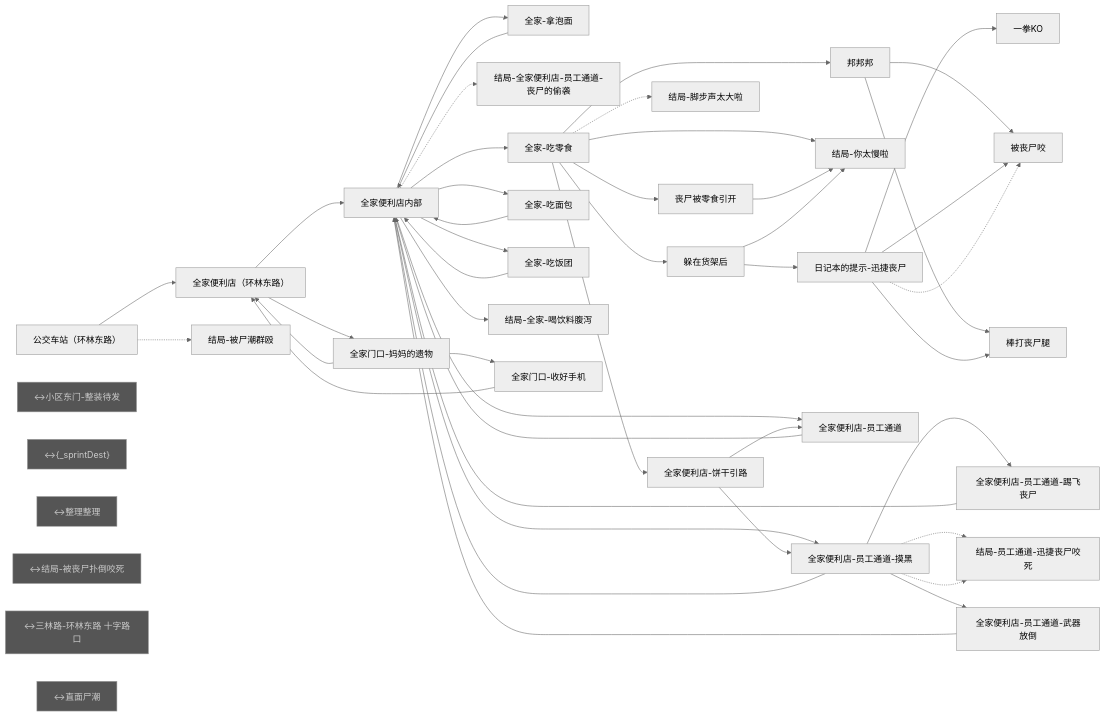
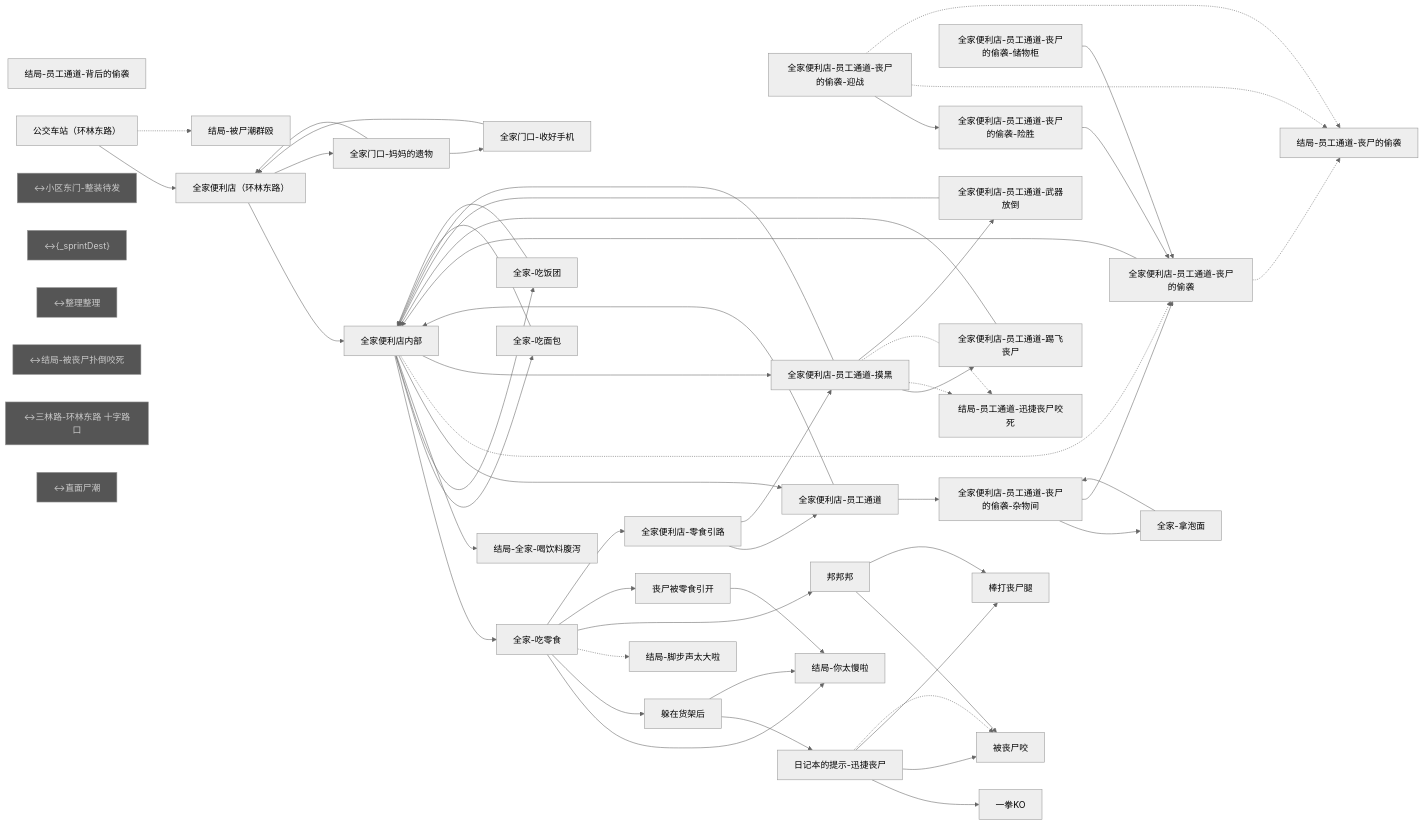
One commit to bobomymz/Plot-Game changed diagram 14 of 25 in tools/graph-report/总览.md. Above: the diagram before and after it, drawn with Mermaid (neutral theme). The commit also changed other lines of this file and 78 other files, not shown here.

````diff
--- a/tools/graph-report/总览.md
+++ b/tools/graph-report/总览.md
@@ -2786,78 +2803,93 @@
   n0["全家便利店（环林东路）"]
   n1["全家便利店内部"]
   n2["全家-拿泡面"]
-  n3["结局-全家便利店-员工通道-丧尸的偷袭"]
-  n4["全家-吃零食"]
-  n5["邦邦邦"]
-  n6["被丧尸咬"]
-  n7["丧尸被零食引开"]
-  n8["结局-你太慢啦"]
-  n9["结局-脚步声太大啦"]
-  n10["躲在货架后"]
-  n11["日记本的提示-迅捷丧尸"]
-  n12["一拳KO"]
-  n13["棒打丧尸腿"]
-  n14["全家-吃面包"]
-  n15["全家-吃饭团"]
-  n16["结局-全家-喝饮料腹泻"]
-  n17["公交车站（环林东路）"]
-  n18["结局-被尸潮群殴"]
-  n19["全家便利店-饼干引路"]
-  n20["全家便利店-员工通道"]
-  n21["全家便利店-员工通道-摸黑"]
-  n22["全家便利店-员工通道-武器放倒"]
-  n23["全家便利店-员工通道-踢飞丧尸"]
-  n24["结局-员工通道-迅捷丧尸咬死"]
-  n25["全家门口-妈妈的遗物"]
-  n26["全家门口-收好手机"]
-  n27["↔小区东门-整装待发"]:::ext
-  n28["↔{_sprintDest}"]:::ext
-  n29["↔整理整理"]:::ext
-  n30["↔结局-被丧尸扑倒咬死"]:::ext
-  n31["↔三林路-环林东路 十字路口"]:::ext
-  n32["↔直面尸潮"]:::ext
+  n3["全家便利店-员工通道-丧尸的偷袭"]
+  n4["全家便利店-员工通道-丧尸的偷袭-迎战"]
+  n5["全家便利店-员工通道-丧尸的偷袭-险胜"]
+  n6["全家便利店-员工通道-丧尸的偷袭-储物柜"]
+  n7["全家便利店-员工通道-丧尸的偷袭-杂物间"]
+  n8["结局-员工通道-丧尸的偷袭"]
+  n9["结局-员工通道-背后的偷袭"]
+  n10["全家-吃零食"]
+  n11["邦邦邦"]
+  n12["被丧尸咬"]
+  n13["丧尸被零食引开"]
+  n14["结局-你太慢啦"]
+  n15["结局-脚步声太大啦"]
+  n16["躲在货架后"]
+  n17["日记本的提示-迅捷丧尸"]
+  n18["一拳KO"]
+  n19["棒打丧尸腿"]
+  n20["全家-吃面包"]
+  n21["全家-吃饭团"]
+  n22["结局-全家-喝饮料腹泻"]
+  n23["公交车站（环林东路）"]
+  n24["结局-被尸潮群殴"]
+  n25["全家便利店-零食引路"]
+  n26["全家便利店-员工通道"]
+  n27["全家便利店-员工通道-摸黑"]
+  n28["全家便利店-员工通道-武器放倒"]
+  n29["全家便利店-员工通道-踢飞丧尸"]
+  n30["结局-员工通道-迅捷丧尸咬死"]
+  n31["全家门口-妈妈的遗物"]
+  n32["全家门口-收好手机"]
+  n33["↔小区东门-整装待发"]:::ext
+  n34["↔{_sprintDest}"]:::ext
+  n35["↔整理整理"]:::ext
+  n36["↔结局-被丧尸扑倒咬死"]:::ext
+  n37["↔三林路-环林东路 十字路口"]:::ext
+  n38["↔直面尸潮"]:::ext
   n0 --> n1
-  n0 --> n25
-  n1 --> n4
-  n1 --> n14
-  n1 --> n15
-  n1 --> n16
+  n0 --> n31
+  n1 --> n10
   n1 --> n20
+  n1 --> n21
+  n1 --> n22
+  n1 --> n26
   n1 -.-> n3
-  n1 --> n21
-  n1 --> n2
-  n2 --> n1
-  n4 --> n8
-  n4 --> n10
-  n4 -.-> n9
+  n1 --> n27
+  n2 --> n7
+  n3 --> n1
+  n3 -.-> n8
   n4 --> n5
-  n4 --> n7
-  n4 --> n19
-  n5 --> n6
-  n5 --> n13
-  n7 --> n8
+  n4 -.-> n8
+  n4 -.-> n8
+  n5 --> n3
+  n6 --> n3
+  n7 --> n2
+  n7 --> n3
+  n10 --> n14
+  n10 --> n16
+  n10 -.-> n15
   n10 --> n11
-  n10 --> n8
+  n10 --> n13
+  n10 --> n25
   n11 --> n12
-  n11 --> n6
-  n11 --> n13
-  n11 -.-> n6
-  n14 --> n1
-  n15 --> n1
-  n17 --> n0
-  n17 -.-> n18
-  n19 --> n20
-  n19 --> n21
+  n11 --> n19
+  n13 --> n14
+  n16 --> n17
+  n16 --> n14
+  n17 --> n18
+  n17 --> n12
+  n17 --> n19
+  n17 -.-> n12
   n20 --> n1
-  n21 --> n23
-  n21 -.-> n24
-  n21 -.-> n24
-  n21 --> n22
   n21 --> n1
-  n22 --> n1
-  n23 --> n1
+  n23 --> n0
+  n23 -.-> n24
   n25 --> n26
-  n25 --> n0
-  n26 --> n0
+  n25 --> n27
+  n26 --> n1
+  n26 --> n7
+  n27 --> n29
+  n27 -.-> n30
+  n27 -.-> n30
+  n27 --> n28
+  n27 --> n1
+  n28 --> n1
+  n29 --> n1
+  n31 --> n32
+  n31 --> n0
+  n32 --> n0
   classDef ext fill:#555,color:#ccc;
 ```
````
